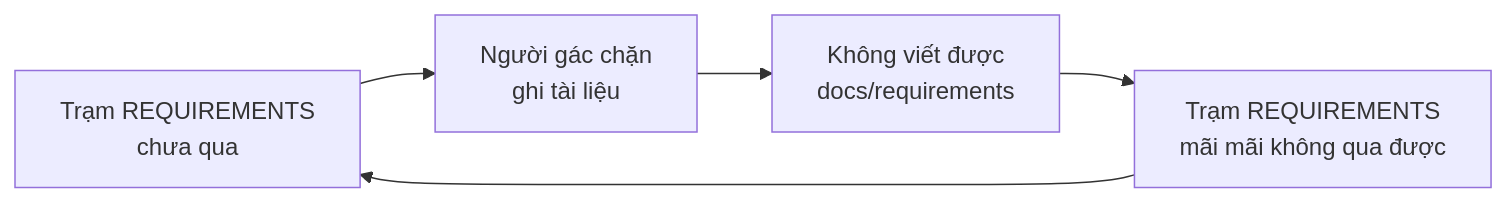
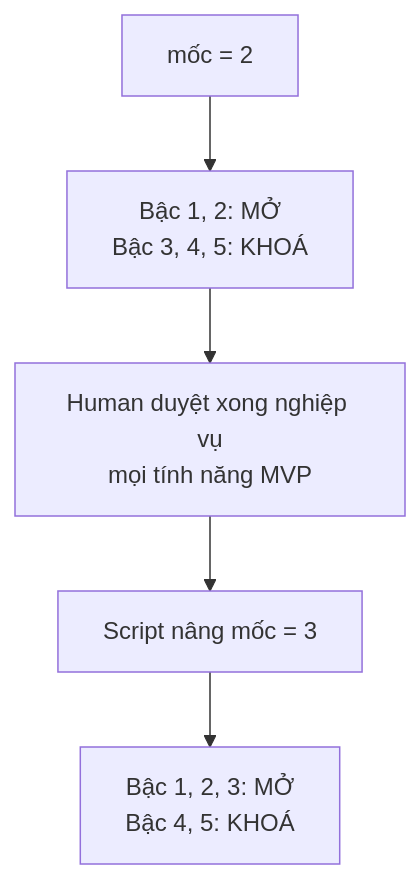
The first of 2 diagrams in answer.md (Kynderis/kendrick-ai-tools), drawn with Mermaid before and after one commit. The commit also changed other lines of this file and 4 other files, not shown here.

````diff
--- a/answer.md
+++ b/answer.md
@@ -13,7 +51,7 @@
 ```mermaid
-flowchart LR
-    A["Trạm REQUIREMENTS<br/>chưa qua"] --> B["Người gác chặn<br/>ghi tài liệu"]
-    B --> C["Không viết được<br/>docs/requirements"]
-    C --> D["Trạm REQUIREMENTS<br/>mãi mãi không qua được"]
-    D --> A
+flowchart TD
+    A["mốc = 2"] --> B["Bậc 1, 2: MỞ<br/>Bậc 3, 4, 5: KHOÁ"]
+    B --> C["Human duyệt xong nghiệp vụ<br/>mọi tính năng MVP"]
+    C --> D["Script nâng mốc = 3"]
+    D --> E["Bậc 1, 2, 3: MỞ<br/>Bậc 4, 5: KHOÁ"]
 ```
````
